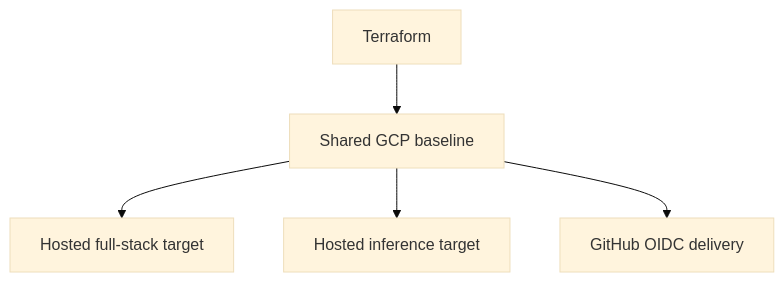
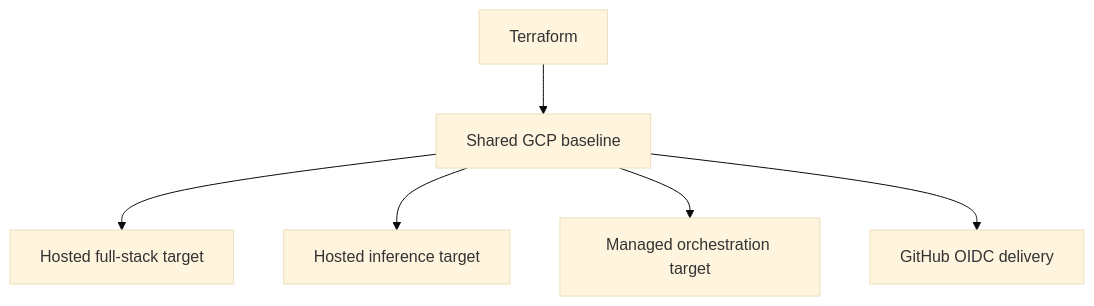
One commit to javihslu/foehncast changed the diagram in terraform/README.md. Above: the diagram before and after it, drawn with Mermaid (base theme). The commit also changed other lines of this file and 12 other files, not shown here.

````diff
--- a/terraform/README.md
+++ b/terraform/README.md
@@ -18,7 +19,8 @@
 ```mermaid
 flowchart TD
    TF[Terraform] --> BASE[Shared GCP baseline]
    BASE --> HOST[Hosted full-stack target]
    BASE --> RUN[Hosted inference target]
+   BASE --> COMP[Managed orchestration target]
    BASE --> GH[GitHub OIDC delivery]
 ```
````
